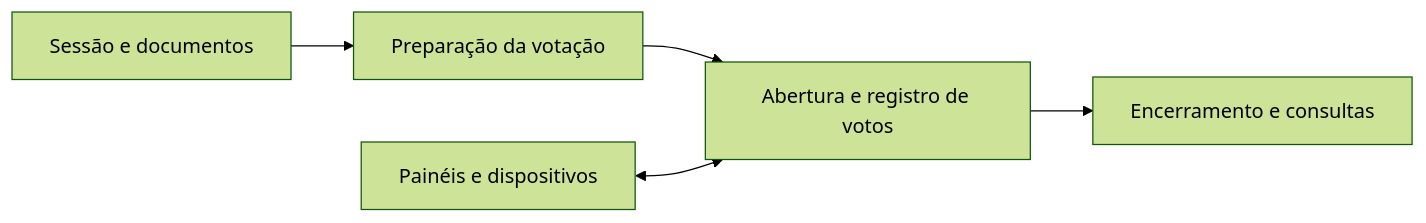
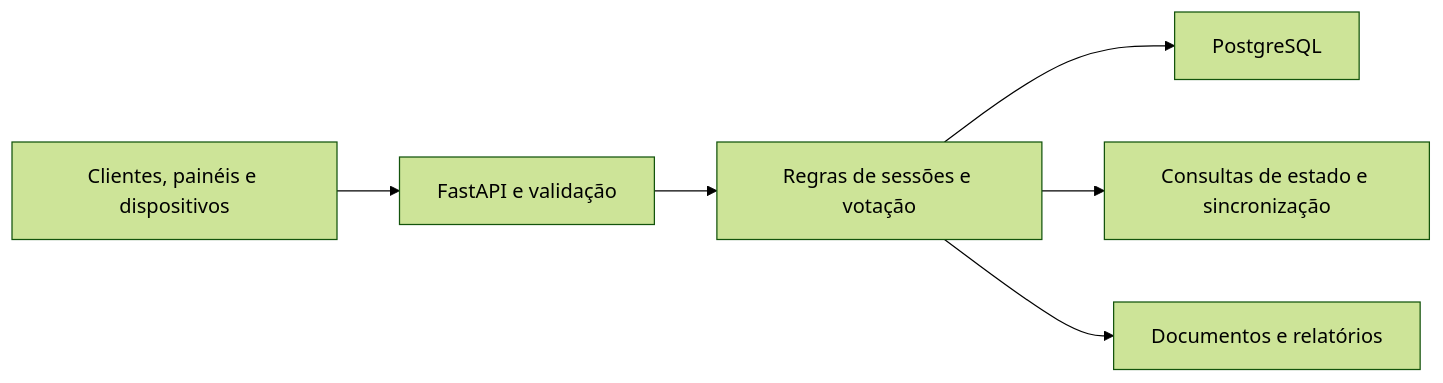
One commit to meyrison/meyrison changed the diagram in projetos/votacao-legislativa.md. Above: the diagram before and after it, drawn with Mermaid (forest theme). The commit also changed other lines of this file and 8 other files, not shown here.

````diff
--- a/projetos/votacao-legislativa.md
+++ b/projetos/votacao-legislativa.md
@@ -20,7 +22,8 @@
 ```mermaid
 flowchart LR
-    S["Sessão e documentos"] --> V["Preparação da votação"]
-    V --> A["Abertura e registro de votos"]
-    A --> E["Encerramento e consultas"]
-    D["Painéis e dispositivos"] <--> A
+    C["Clientes, painéis e dispositivos"] --> A["FastAPI e validação"]
+    A --> R["Regras de sessões e votação"]
+    R --> D["PostgreSQL"]
+    R --> S["Consultas de estado e sincronização"]
+    R --> F["Documentos e relatórios"]
 ```
````
